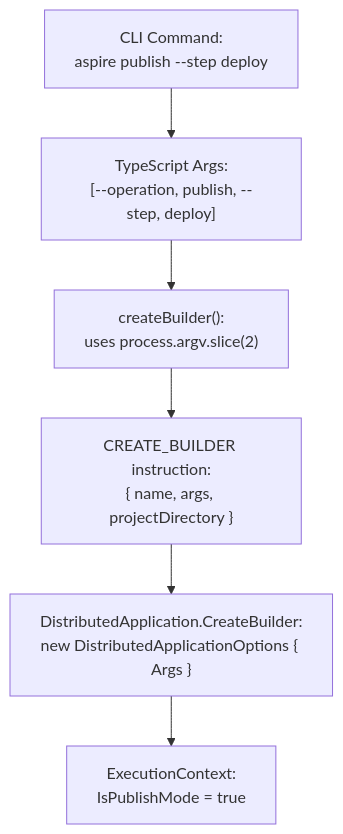
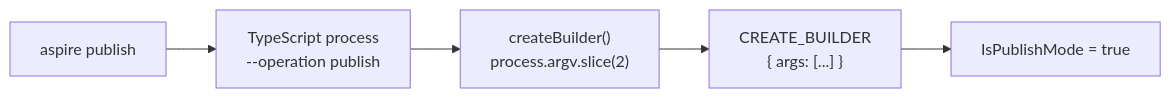
The diagram in docs/specs/polyglot-apphost.md (dotnet/aspire), drawn with Mermaid before and after one commit. The commit also changed other lines of this file, not shown here.

Commit message:
refactor: Simplify polyglot apphost documentation and enhance clarity on TypeScript support

````diff
--- a/docs/specs/polyglot-apphost.md
+++ b/docs/specs/polyglot-apphost.md
@@ -926,9 +779,7 @@
 ```mermaid
-flowchart TD
-    A["CLI Command:<br/>aspire publish --step deploy"] --> B
-    B["TypeScript Args:<br/>[--operation, publish, --step, deploy]"] --> C
-    C["createBuilder():<br/>uses process.argv.slice(2)"] --> D
-    D["CREATE_BUILDER instruction:<br/>{ name, args, projectDirectory }"] --> E
-    E["DistributedApplication.CreateBuilder:<br/>new DistributedApplicationOptions { Args }"] --> F
-    F["ExecutionContext:<br/>IsPublishMode = true"]
+flowchart LR
+    A["aspire publish"] --> B["TypeScript process<br/>--operation publish"]
+    B --> C["createBuilder()<br/>process.argv.slice(2)"]
+    C --> D["CREATE_BUILDER<br/>{ args: [...] }"]
+    D --> E["IsPublishMode = true"]
 ```
````
